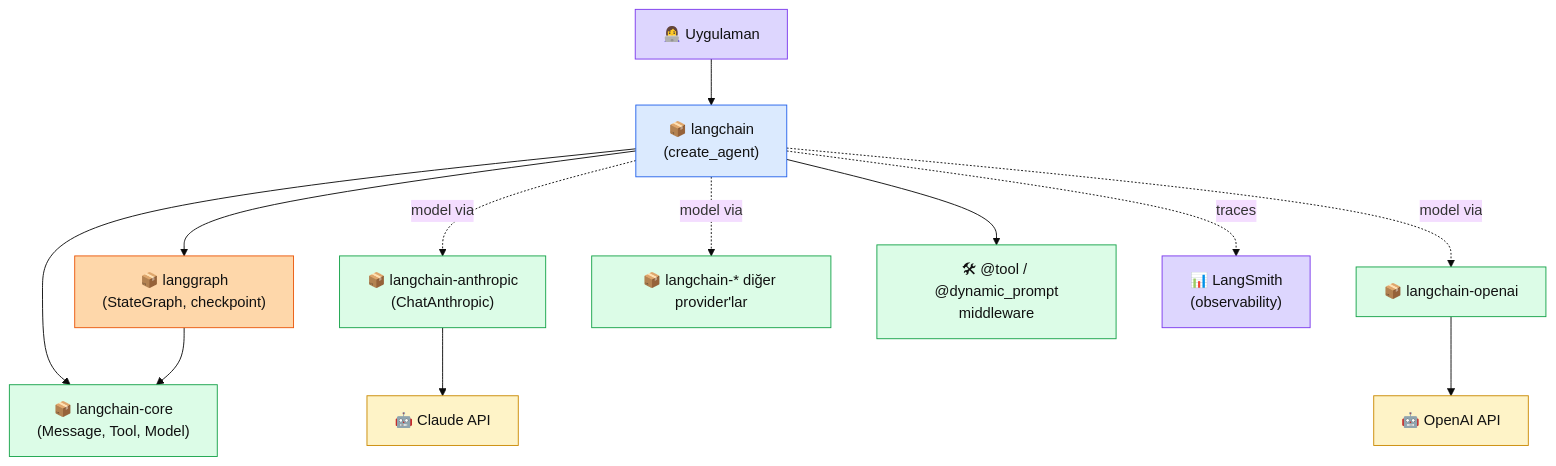
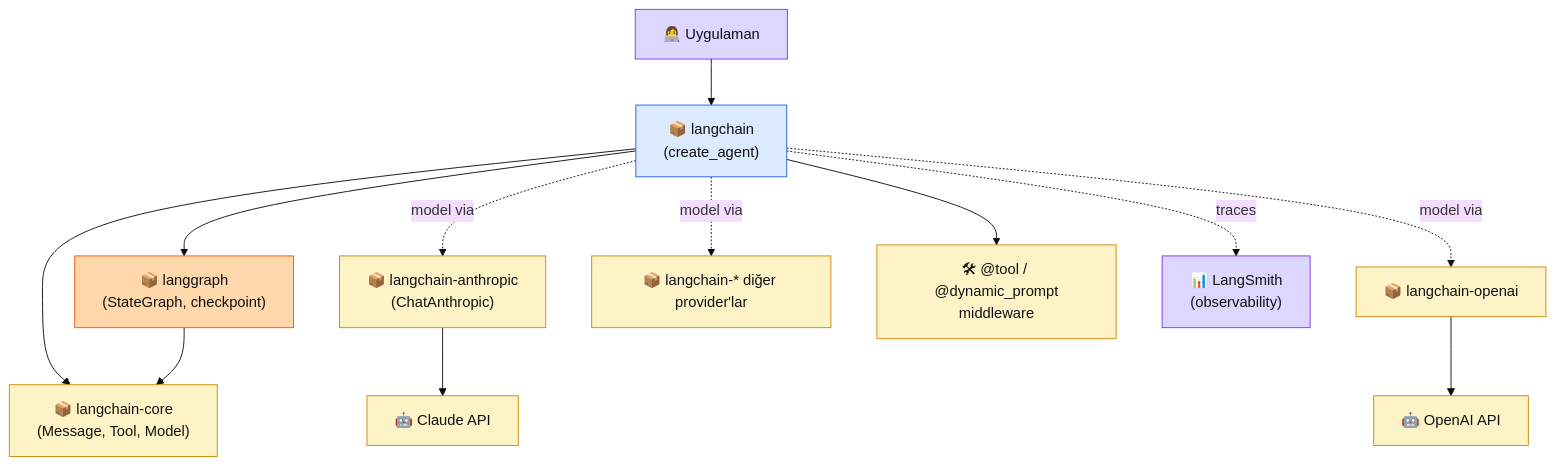
Before and after one commit to KemalG-u/muhendisal-platform: the diagram in docs/bolum-6/07-langchain.md, drawn with Mermaid (base theme). The commit also changed other lines of this file and 20 other files, not shown here.

````diff
--- a/docs/bolum-6/07-langchain.md
+++ b/docs/bolum-6/07-langchain.md
@@ -38,40 +39,40 @@
 ```mermaid
 flowchart TB
   APP["👩‍💻 Uygulaman"]
   LC["📦 langchain\n(create_agent)"]
   LG["📦 langgraph\n(StateGraph, checkpoint)"]
   LCORE["📦 langchain-core\n(Message, Tool, Model)"]
   ANTH["📦 langchain-anthropic\n(ChatAnthropic)"]
   OAI["📦 langchain-openai"]
   OTHR["📦 langchain-* diğer provider'lar"]
   TOOL["🛠 @tool / @dynamic_prompt\nmiddleware"]
   API1["🤖 Claude API"]
   API2["🤖 OpenAI API"]
   OBS["📊 LangSmith\n(observability)"]
 
   APP --> LC
   LC --> LG
   LC --> LCORE
   LG --> LCORE
   LC -.model via.-> ANTH
   LC -.model via.-> OAI
   LC -.model via.-> OTHR
   LC --> TOOL
   ANTH --> API1
   OAI --> API2
   LC -.traces.-> OBS
 
   classDef app fill:#ddd6fe,stroke:#7c3aed,color:#111
   classDef hi fill:#dbeafe,stroke:#2563eb,color:#111
   classDef lo fill:#fed7aa,stroke:#ea580c,color:#111
-  classDef core fill:#dcfce7,stroke:#16a34a,color:#111
+  classDef core fill:#fef3c7,stroke:#ca8a04,color:#111
   classDef api fill:#fef3c7,stroke:#ca8a04,color:#111
   classDef obs fill:#ddd6fe,stroke:#7c3aed,color:#111
   class APP app
   class LC hi
   class LG lo
   class LCORE,TOOL core
   class ANTH,OAI,OTHR core
   class API1,API2 api
   class OBS obs
 ```
````
